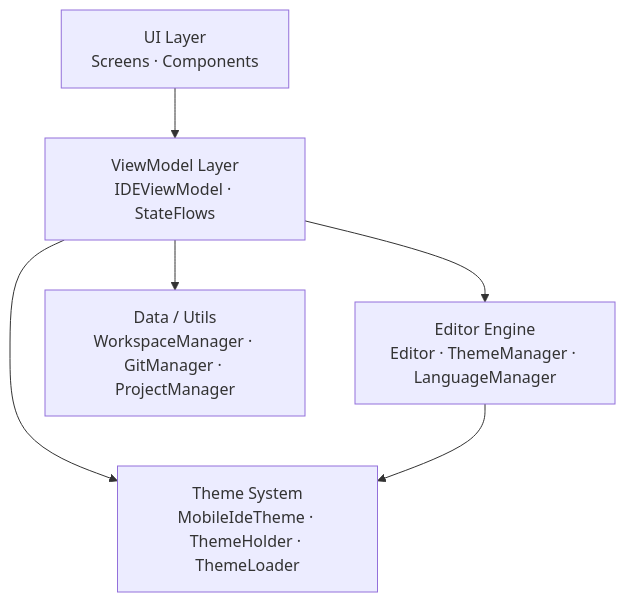
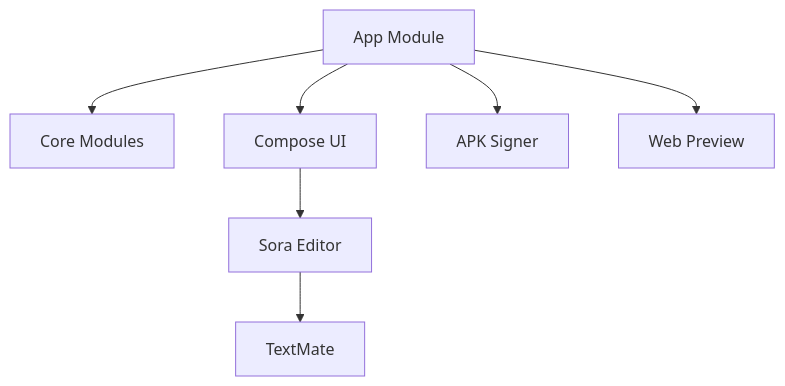
Before and after one commit to scto/MobileIDE: the first of 2 diagrams in app/dokka/module.md, drawn with Mermaid. The commit also changed other lines of this file and 11 other files, not shown here.

````diff
--- a/app/dokka/module.md
+++ b/app/dokka/module.md
@@ -11,14 +10,18 @@
 ```mermaid
 graph TD
-    UI["UI Layer<br/>Screens · Components"]
-    VM["ViewModel Layer<br/>IDEViewModel · StateFlows"]
-    EDITOR["Editor Engine<br/>Editor · ThemeManager · LanguageManager"]
-    THEME["Theme System<br/>MobileIdeTheme · ThemeHolder · ThemeLoader"]
-    DATA["Data / Utils<br/>WorkspaceManager · GitManager · ProjectManager"]
 
-    UI --> VM
-    VM --> EDITOR
-    VM --> THEME
-    VM --> DATA
-    EDITOR --> THEME
+    APP["App Module"]
+    CORE["Core Modules"]
+    UI["Compose UI"]
+    EDITOR["Sora Editor"]
+    TM["TextMate"]
+    SIGNER["APK Signer"]
+    WEB["Web Preview"]
+
+    APP --> CORE
+    APP --> UI
+    UI --> EDITOR
+    EDITOR --> TM
+    APP --> SIGNER
+    APP --> WEB
 ```
````
